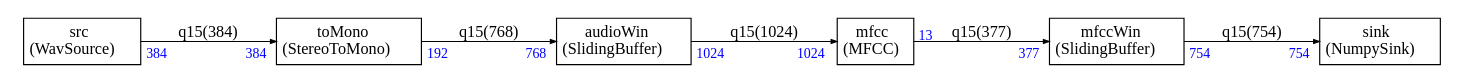
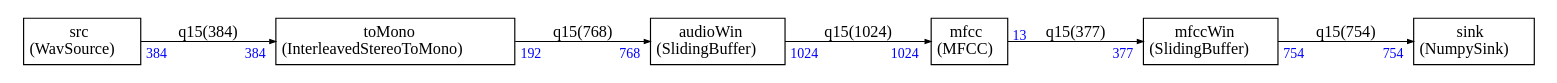
Before and after one commit to ARM-software/CMSIS-DSP: the diagram in ComputeGraph/examples/example5/test.dot, drawn with Graphviz. The commit also changed 27 other files, not shown here.

```diff
--- a/ComputeGraph/examples/example5/test.dot
+++ b/ComputeGraph/examples/example5/test.dot
@@ -1,87 +1,87 @@
 
 
 
 
 digraph structs {
     node [shape=plaintext]
     rankdir=LR
     edge [arrowsize=0.5]
     fontname="times"
 
 
 audioWin [label=<
 <TABLE BORDER="0" CELLBORDER="1" CELLSPACING="0" CELLPADDING="4">
   <TR>
     <TD ALIGN="CENTER" PORT="i">audioWin<BR/>(SlidingBuffer)</TD>
   </TR>
 </TABLE>>];
 
 mfcc [label=<
 <TABLE BORDER="0" CELLBORDER="1" CELLSPACING="0" CELLPADDING="4">
   <TR>
     <TD ALIGN="CENTER" PORT="i">mfcc<BR/>(MFCC)</TD>
   </TR>
 </TABLE>>];
 
 mfccWin [label=<
 <TABLE BORDER="0" CELLBORDER="1" CELLSPACING="0" CELLPADDING="4">
   <TR>
     <TD ALIGN="CENTER" PORT="i">mfccWin<BR/>(SlidingBuffer)</TD>
   </TR>
 </TABLE>>];
 
 sink [label=<
 <TABLE BORDER="0" CELLBORDER="1" CELLSPACING="0" CELLPADDING="4">
   <TR>
     <TD ALIGN="CENTER" PORT="i">sink<BR/>(NumpySink)</TD>
   </TR>
 </TABLE>>];
 
 src [label=<
 <TABLE BORDER="0" CELLBORDER="1" CELLSPACING="0" CELLPADDING="4">
   <TR>
     <TD ALIGN="CENTER" PORT="i">src<BR/>(WavSource)</TD>
   </TR>
 </TABLE>>];
 
 toMono [label=<
 <TABLE BORDER="0" CELLBORDER="1" CELLSPACING="0" CELLPADDING="4">
   <TR>
-    <TD ALIGN="CENTER" PORT="i">toMono<BR/>(StereoToMono)</TD>
+    <TD ALIGN="CENTER" PORT="i">toMono<BR/>(InterleavedStereoToMono)</TD>
   </TR>
 </TABLE>>];
 
 
 
 src:i -> toMono:i [label="q15(384)"
 ,headlabel=<<TABLE BORDER="0" CELLPADDING="2"><TR><TD><FONT COLOR="blue" POINT-SIZE="12.0" >384</FONT>
 </TD></TR></TABLE>>
 ,taillabel=<<TABLE BORDER="0" CELLPADDING="2"><TR><TD><FONT COLOR="blue" POINT-SIZE="12.0" >384</FONT>
 </TD></TR></TABLE>>]
 
 toMono:i -> audioWin:i [label="q15(768)"
 ,headlabel=<<TABLE BORDER="0" CELLPADDING="2"><TR><TD><FONT COLOR="blue" POINT-SIZE="12.0" >768</FONT>
 </TD></TR></TABLE>>
 ,taillabel=<<TABLE BORDER="0" CELLPADDING="2"><TR><TD><FONT COLOR="blue" POINT-SIZE="12.0" >192</FONT>
 </TD></TR></TABLE>>]
 
 audioWin:i -> mfcc:i [label="q15(1024)"
 ,headlabel=<<TABLE BORDER="0" CELLPADDING="2"><TR><TD><FONT COLOR="blue" POINT-SIZE="12.0" >1024</FONT>
 </TD></TR></TABLE>>
 ,taillabel=<<TABLE BORDER="0" CELLPADDING="2"><TR><TD><FONT COLOR="blue" POINT-SIZE="12.0" >1024</FONT>
 </TD></TR></TABLE>>]
 
 mfcc:i -> mfccWin:i [label="q15(377)"
 ,headlabel=<<TABLE BORDER="0" CELLPADDING="2"><TR><TD><FONT COLOR="blue" POINT-SIZE="12.0" >377</FONT>
 </TD></TR></TABLE>>
 ,taillabel=<<TABLE BORDER="0" CELLPADDING="2"><TR><TD><FONT COLOR="blue" POINT-SIZE="12.0" >13</FONT>
 </TD></TR></TABLE>>]
 
 mfccWin:i -> sink:i [label="q15(754)"
 ,headlabel=<<TABLE BORDER="0" CELLPADDING="2"><TR><TD><FONT COLOR="blue" POINT-SIZE="12.0" >754</FONT>
 </TD></TR></TABLE>>
 ,taillabel=<<TABLE BORDER="0" CELLPADDING="2"><TR><TD><FONT COLOR="blue" POINT-SIZE="12.0" >754</FONT>
 </TD></TR></TABLE>>]
 
 
 }
```
